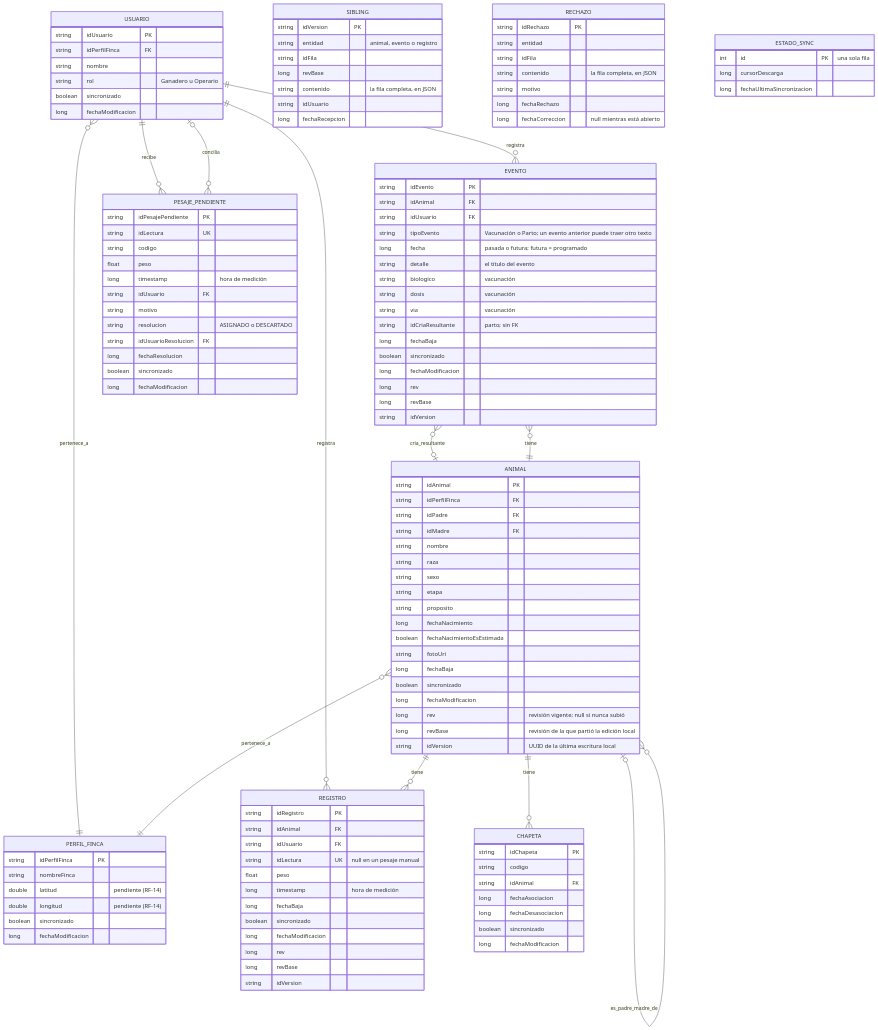
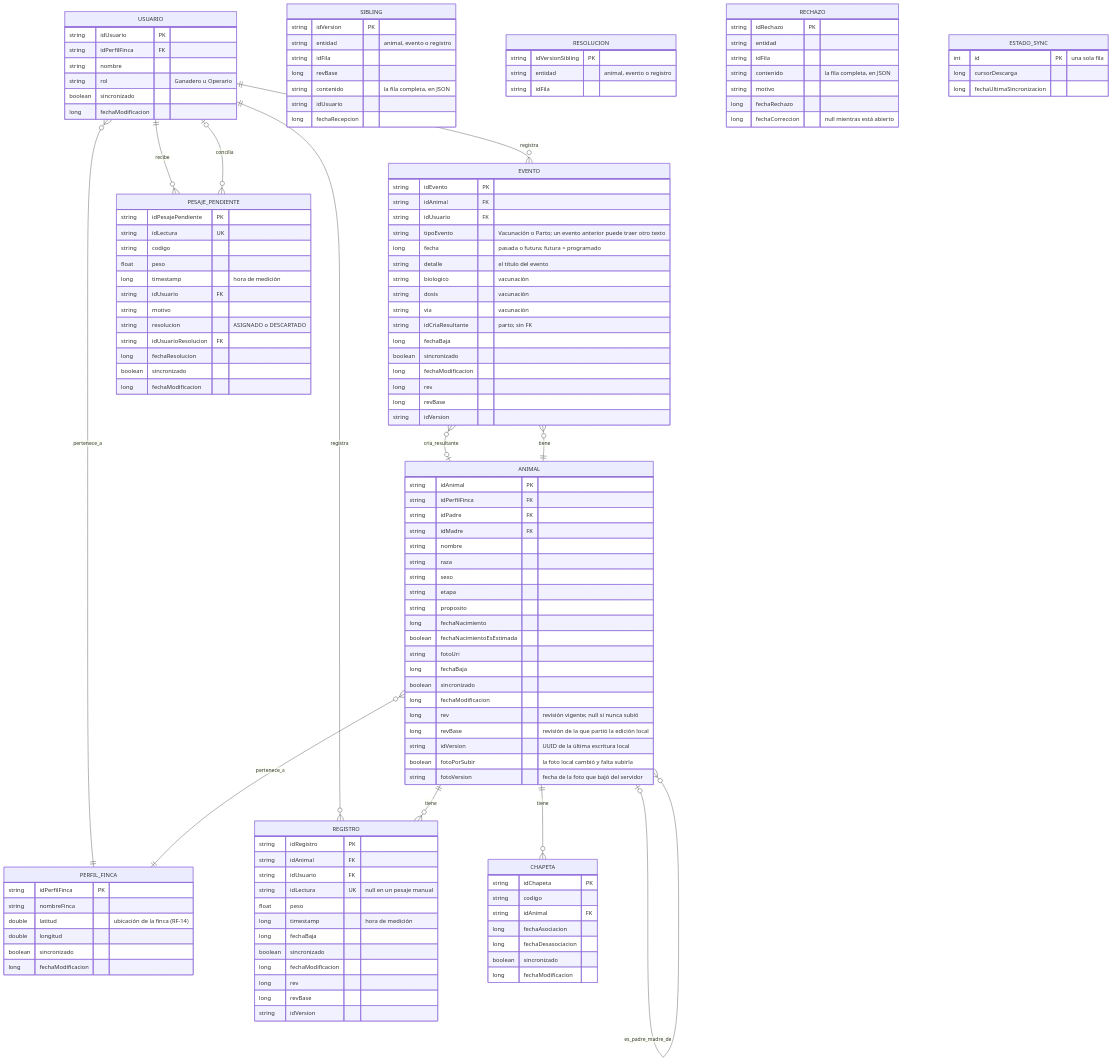
The diagram in docs/diagramas/diagrama-relaciones-trazabilidad-bovina.md (DevCris80/Degree-Work), drawn with Mermaid before and after one commit. The commit also changed other lines of this file, not shown here.

Commit message:
Docs: el ER con la ubicación de la finca, el estado de las fotos y la tabla resolucion de Room v18

```diff
--- a/docs/diagramas/diagrama-relaciones-trazabilidad-bovina.md
+++ b/docs/diagramas/diagrama-relaciones-trazabilidad-bovina.md
@@ -27,8 +27,8 @@
     PERFIL_FINCA {
         string idPerfilFinca PK
         string nombreFinca
-        double latitud "pendiente (RF-14)"
-        double longitud "pendiente (RF-14)"
+        double latitud "ubicación de la finca (RF-14)"
+        double longitud
         boolean sincronizado
         long fechaModificacion
     }
@@ -51,6 +51,8 @@
         long rev "revisión vigente; null si nunca subió"
         long revBase "revisión de la que partió la edición local"
         string idVersion "UUID de la última escritura local"
+        boolean fotoPorSubir "la foto local cambió y falta subirla"
+        string fotoVersion "fecha de la foto que bajó del servidor"
     }
     EVENTO {
         string idEvento PK
@@ -116,6 +118,11 @@
         string idUsuario
         long fechaRecepcion
     }
+    RESOLUCION {
+        string idVersionSibling PK
+        string entidad "animal, evento o registro"
+        string idFila
+    }
     RECHAZO {
         string idRechazo PK
         string entidad
```
